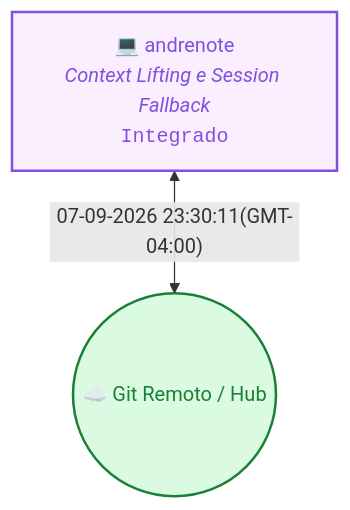
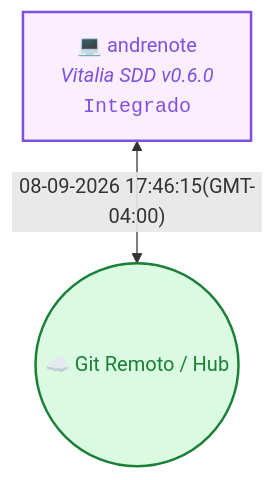
The diagram in README.md (vitalia-platform/vitalia-sdd-context), drawn with Mermaid before and after one commit. The commit also changed other lines of this file and 11 other files, not shown here.

````diff
--- a/README.md
+++ b/README.md
@@ -20,8 +20,8 @@
 ```mermaid
 flowchart TD
   Cloud(("☁️ Git Remoto / Hub"))
-  M_7f367bd3["💻 andrenote<br/><i>Context Lifting e Session Fallback</i><br/><code>Integrado</code>"]
-  M_7f367bd3 <-->|"07-09-2026 23:30:11(GMT-04:00)"| Cloud
+  M_7f367bd3["💻 andrenote<br/><i>Vitalia SDD v0.6.0</i><br/><code>Integrado</code>"]
+  M_7f367bd3 <-->|"08-09-2026 17:46:15(GMT-04:00)"| Cloud
   style M_7f367bd3 stroke:#8250df,stroke-width:2px,fill:#fbefff,color:#8250df
   style Cloud stroke:#1a7f37,stroke-width:2px,fill:#dafbe1,color:#1a7f37
 ```
````
